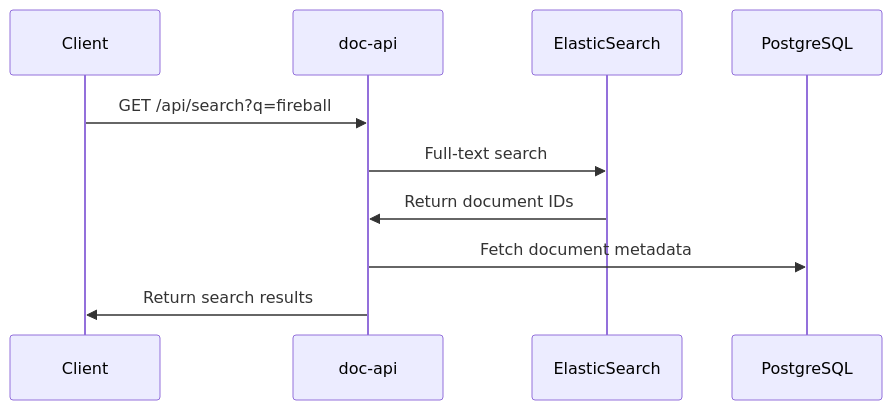
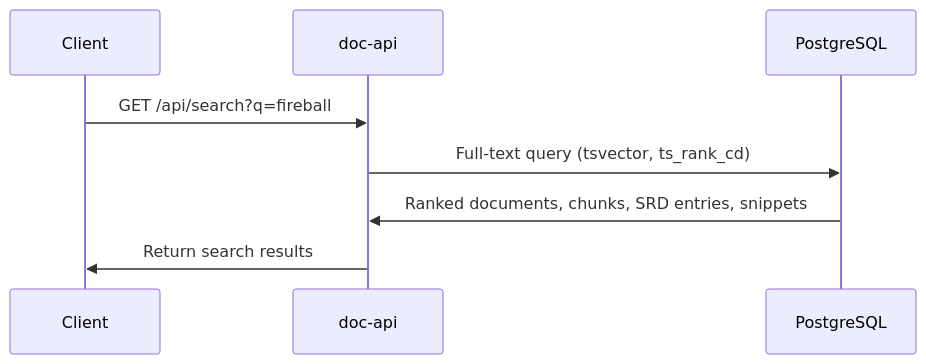
One commit to joelmale/nexusVTT changed the second of 3 diagrams in apps/docs/codex/architecture.md. Above: the diagram before and after it, drawn with Mermaid. The commit also changed other lines of this file and 87 other files, not shown here.

````diff
--- a/apps/docs/codex/architecture.md
+++ b/apps/docs/codex/architecture.md
@@ -135,13 +133,11 @@
 ```mermaid
 sequenceDiagram
     participant Client
     participant doc-api
-    participant ElasticSearch
     participant PostgreSQL
 
     Client->>doc-api: GET /api/search?q=fireball
-    doc-api->>ElasticSearch: Full-text search
-    ElasticSearch->>doc-api: Return document IDs
-    doc-api->>PostgreSQL: Fetch document metadata
+    doc-api->>PostgreSQL: Full-text query (tsvector, ts_rank_cd)
+    PostgreSQL->>doc-api: Ranked documents, chunks, SRD entries, snippets
     doc-api->>Client: Return search results
 ```
````
